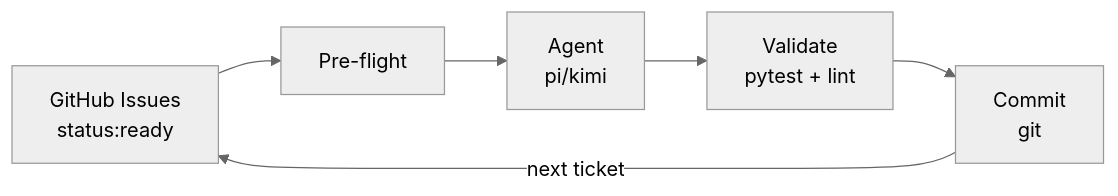
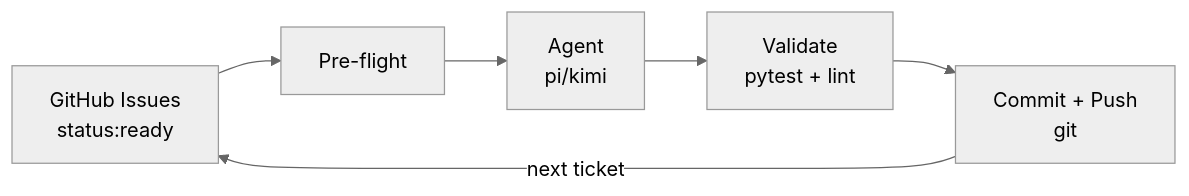
Before and after one commit to samdharma/ralph_loop: the first of 2 diagrams in README.md, drawn with Mermaid (neutral theme). The commit also changed other lines of this file and 4 other files, not shown here.

````diff
--- a/README.md
+++ b/README.md
@@ -11,8 +15,8 @@
 ```mermaid
 graph LR
     A[GitHub Issues<br/>status:ready] --> B[Pre-flight]
     B --> C[Agent<br/>pi/kimi]
     C --> D[Validate<br/>pytest + lint]
-    D --> E[Commit<br/>git]
+    D --> E[Commit + Push<br/>git]
     E -->|next ticket| A
 ```
````
